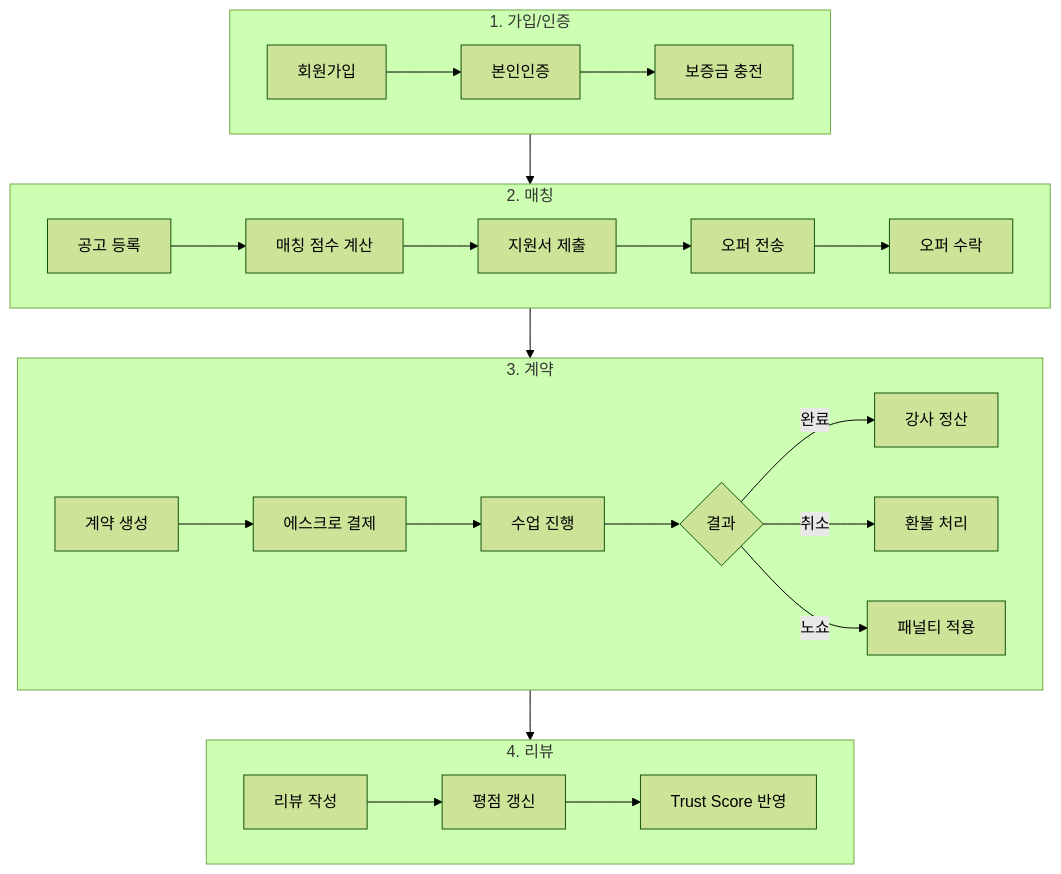
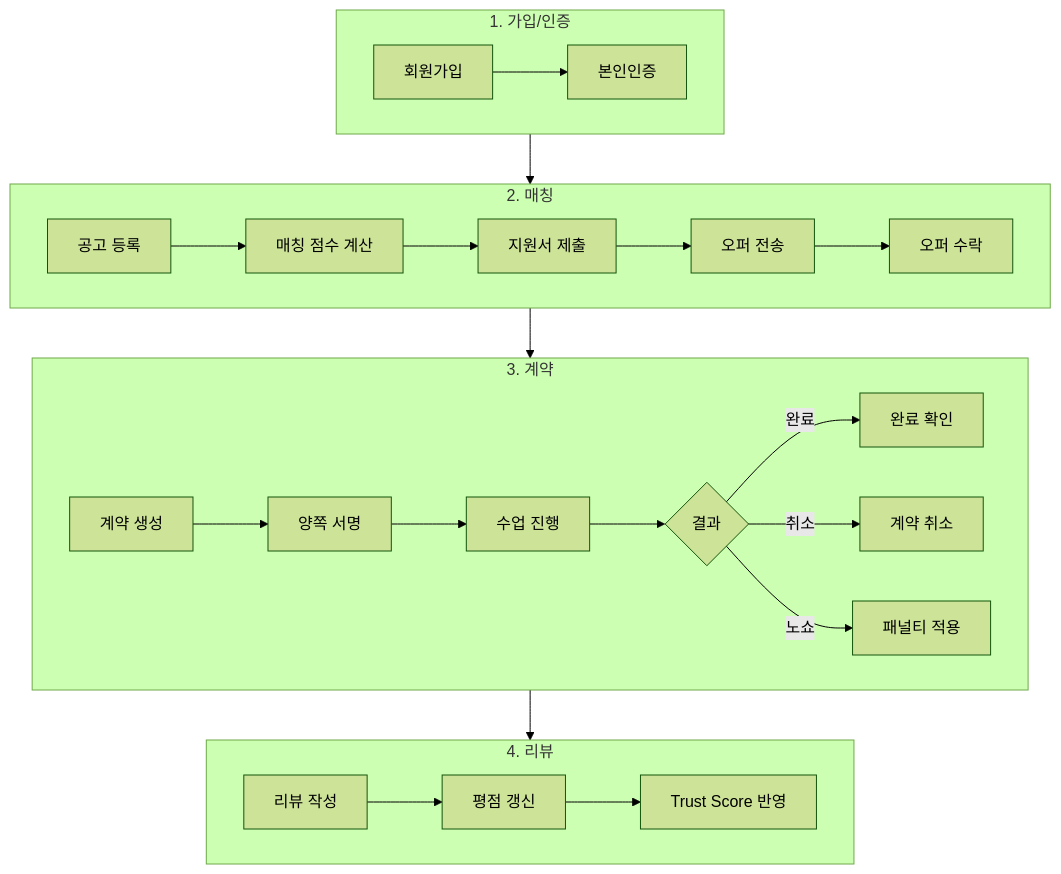
One commit to MaduJoe/PilaMatch changed the seventh of 7 diagrams in README.md. Above: the diagram before and after it, drawn with Mermaid (forest theme). The commit also changed other lines of this file and 1 other file, not shown here.

First line of the commit message:
docs: README.md 결제/에스크로 참조 제거 + deps.py 쿠키 인증 fallback

````diff
--- a/README.md
+++ b/README.md
@@ -1518,32 +1350,31 @@
 ```mermaid
 flowchart TB
     subgraph Registration["1. 가입/인증"]
         R1[회원가입] --> R2[본인인증]
-        R2 --> R3[보증금 충전]
     end
 
     subgraph Matching["2. 매칭"]
         M1[공고 등록] --> M2[매칭 점수 계산]
         M2 --> M3[지원서 제출]
         M3 --> M4[오퍼 전송]
         M4 --> M5[오퍼 수락]
     end
 
     subgraph Contract["3. 계약"]
-        C1[계약 생성] --> C2[에스크로 결제]
+        C1[계약 생성] --> C2[양쪽 서명]
         C2 --> C3[수업 진행]
         C3 --> C4{결과}
-        C4 -->|완료| C5[강사 정산]
-        C4 -->|취소| C6[환불 처리]
+        C4 -->|완료| C5[완료 확인]
+        C4 -->|취소| C6[계약 취소]
         C4 -->|노쇼| C7[패널티 적용]
     end
 
     subgraph Review["4. 리뷰"]
         V1[리뷰 작성] --> V2[평점 갱신]
         V2 --> V3[Trust Score 반영]
     end
 
     Registration --> Matching
     Matching --> Contract
     Contract --> Review
 ```
````
